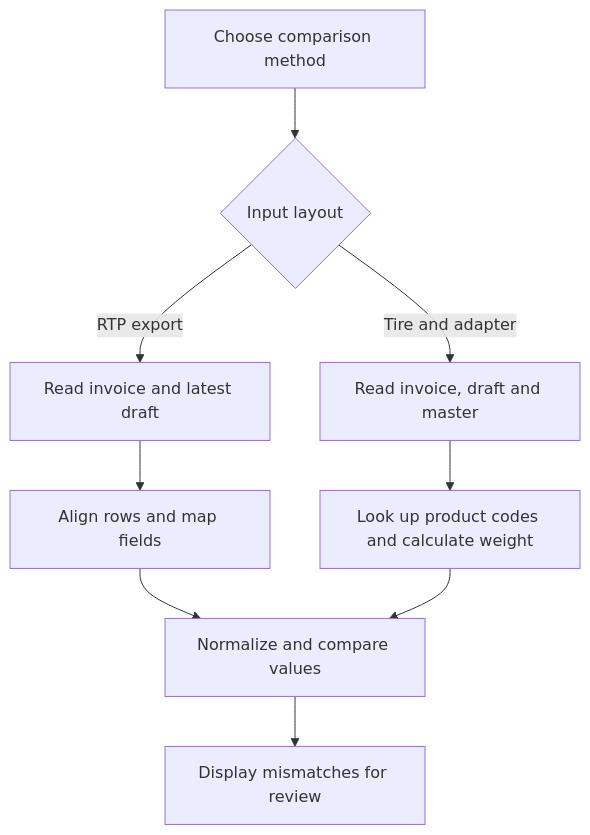
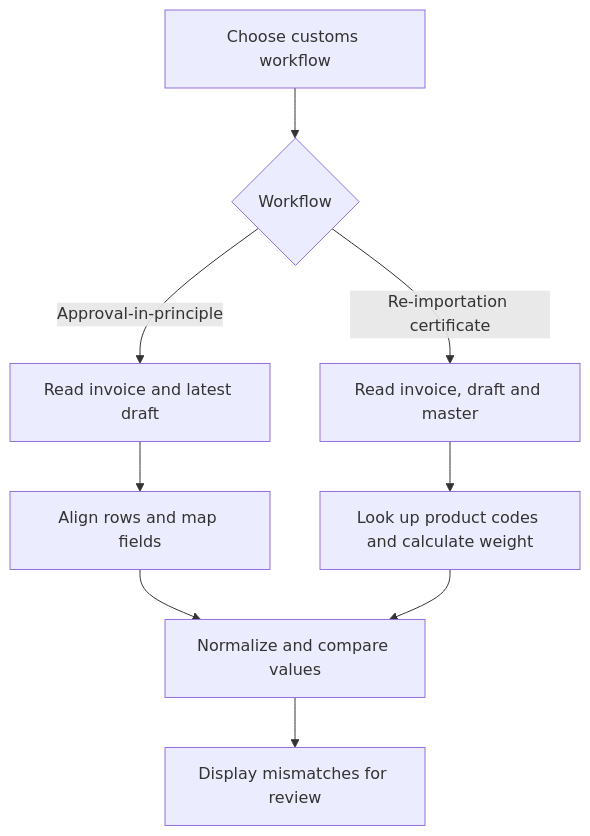
One commit to khaothip/returnable-packaging-export-draft-checker changed the diagram in README.md. Above: the diagram before and after it, drawn with Mermaid. The commit also changed other lines of this file, not shown here.

Commit message:
Clarify customs checking scope and use workflow names throughout

````diff
--- a/README.md
+++ b/README.md
@@ -26,11 +26,11 @@
 ```mermaid
 flowchart TD
-    A[Choose comparison method] --> B{Input layout}
-    B -->|RTP export| C[Read invoice and latest draft]
-    B -->|Tire and adapter| D[Read invoice, draft and master]
+    A[Choose customs workflow] --> B{Workflow}
+    B -->|Approval-in-principle| C[Read invoice and latest draft]
+    B -->|Re-importation certificate| D[Read invoice, draft and master]
     C --> E[Align rows and map fields]
     D --> F[Look up product codes and calculate weight]
     E --> G[Normalize and compare values]
     F --> G
     G --> H[Display mismatches for review]
 ```
````
